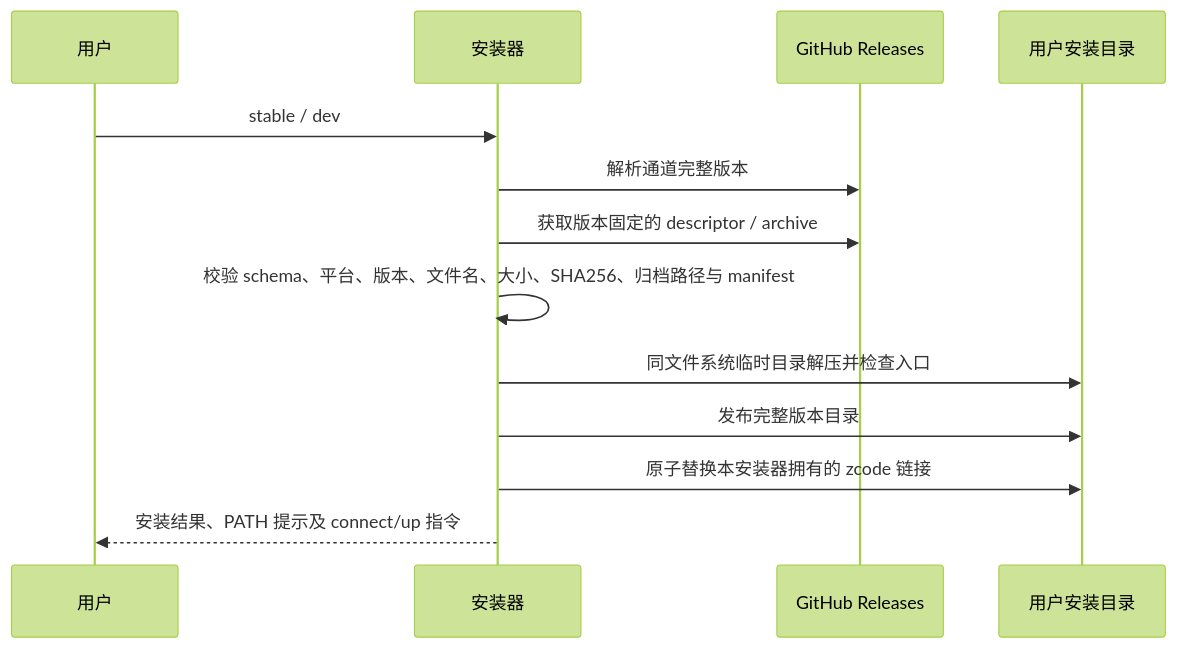
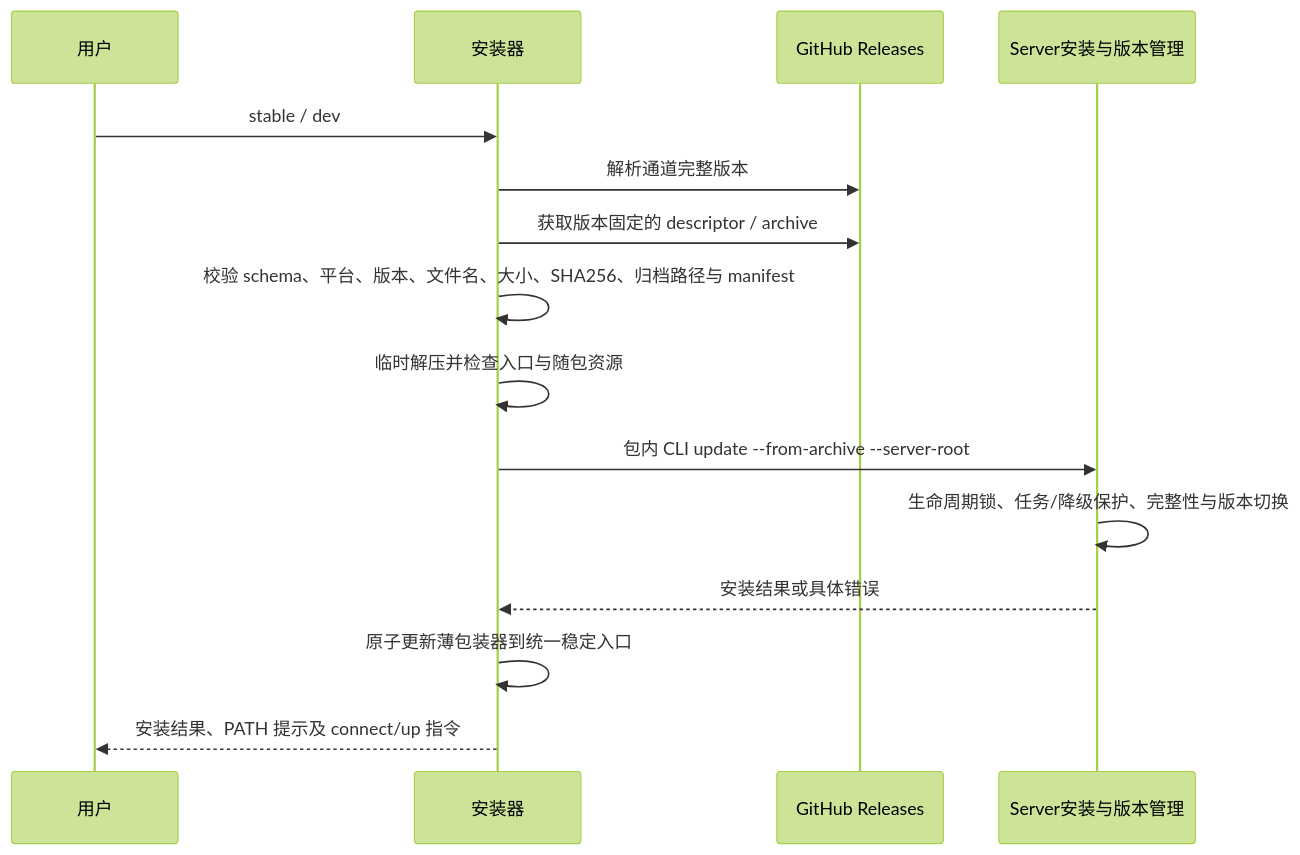
The diagram in docs/specs/server-installer.md (Rain-kl/ZCode), drawn with Mermaid (forest theme) before and after one commit. The commit also changed other lines of this file and 14 other files, not shown here.

````diff
--- a/docs/specs/server-installer.md
+++ b/docs/specs/server-installer.md
@@ -13,15 +21,17 @@
 ```mermaid
 sequenceDiagram
   participant U as 用户
   participant I as 安装器
   participant G as GitHub Releases
-  participant D as 用户安装目录
+  participant S as Server安装与版本管理
   U->>I: stable / dev
   I->>G: 解析通道完整版本
   I->>G: 获取版本固定的 descriptor / archive
   I->>I: 校验 schema、平台、版本、文件名、大小、SHA256、归档路径与 manifest
-  I->>D: 同文件系统临时目录解压并检查入口
-  I->>D: 发布完整版本目录
-  I->>D: 原子替换本安装器拥有的 zcode 链接
+  I->>I: 临时解压并检查入口与随包资源
+  I->>S: 包内 CLI update --from-archive --server-root
+  S->>S: 生命周期锁、任务/降级保护、完整性与版本切换
+  S-->>I: 安装结果或具体错误
+  I->>I: 原子更新薄包装器到统一稳定入口
   I-->>U: 安装结果、PATH 提示及 connect/up 指令
 ```
````
